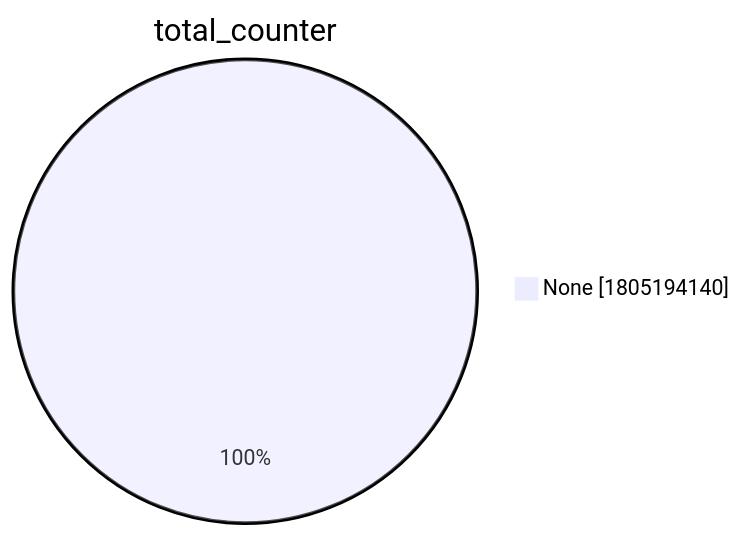
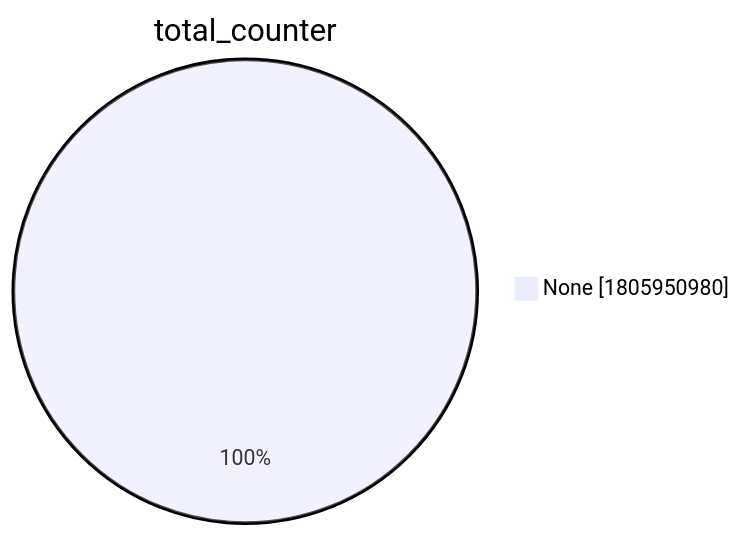
One commit to christiankrug/ctmonitor_visualization changed the second of 15 diagrams in xenon2022/README.md. Above: the diagram before and after it, drawn with Mermaid. The commit also changed other lines of this file, not shown here.

````diff
--- a/xenon2022/README.md
+++ b/xenon2022/README.md
@@ -9,5 +9,5 @@
 ```mermaid
 pie showData
 title total_counter
-"None" :1805194140
+"None" :1805950980
 ```
````
